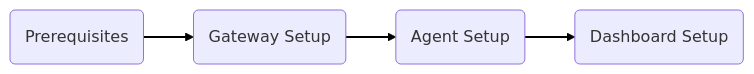
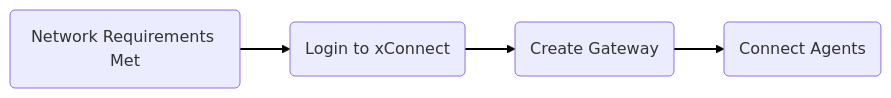
One commit to senecaxconnect/xconnect_docs changed the diagram in docs/Getting_Started.md. Above: the diagram before and after it, drawn with Mermaid. The commit also changed other lines of this file and 10 other files, not shown here.

````diff
--- a/docs/Getting_Started.md
+++ b/docs/Getting_Started.md
@@ -8,7 +9,7 @@
 ```mermaid
       graph LR
-          A(Prerequisites) --> B(Gateway Setup)
-          B -->C(Agent Setup)
-          C -->D(Dashboard Setup);
+          A(Network Requirements Met) --> B(Login to xConnect)
+          B -->C(Create Gateway)
+          C -->D(Connect Agents);
           linkStyle default stroke-width:2px,fill:none,stroke:black;
 ```
````
